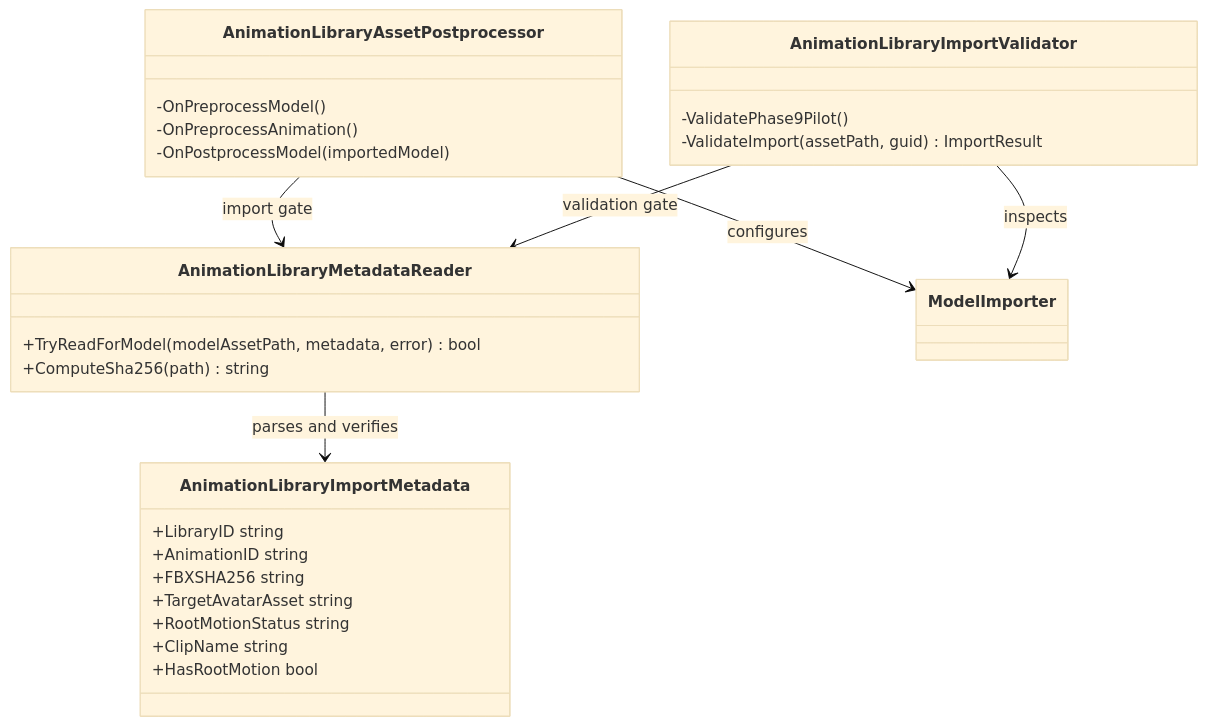
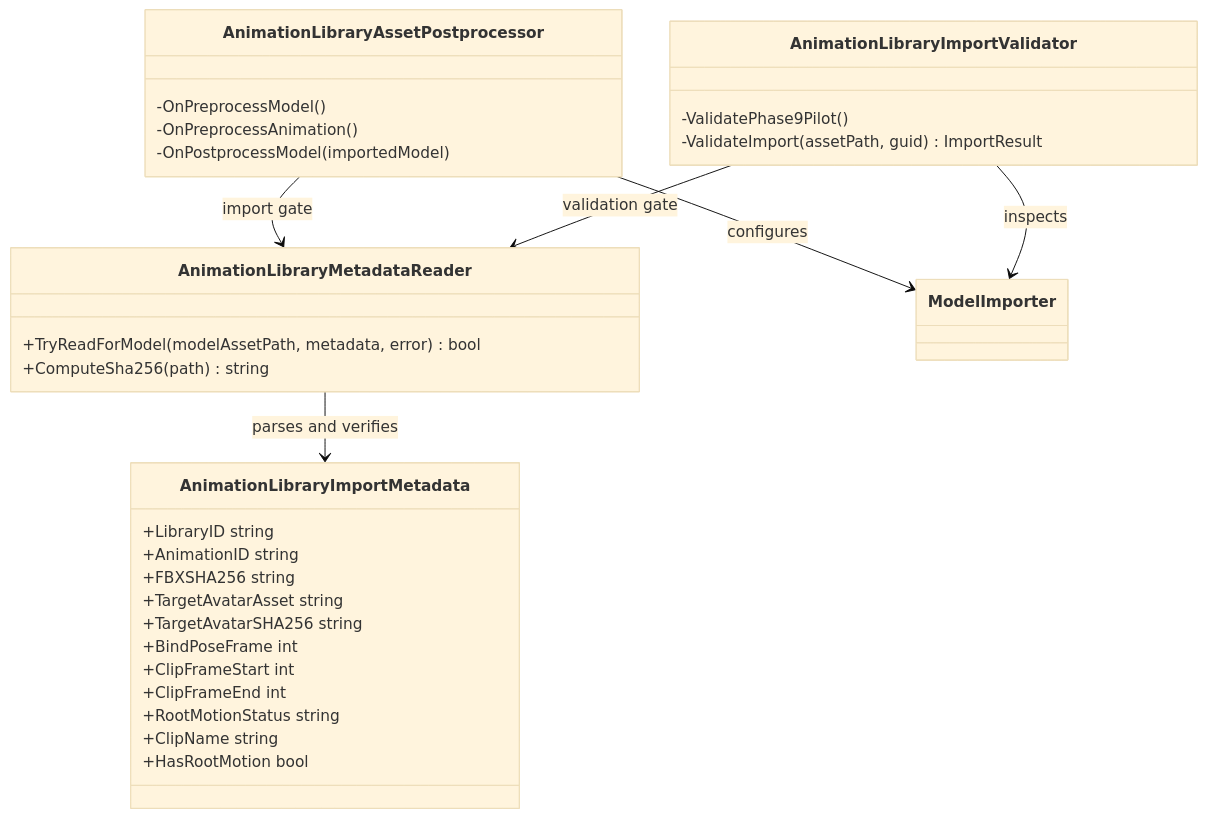
Before and after one commit to MaximFonariuc/project-s: the diagram in Assets/_App/Core/Editor/AnimationLibrary/README.md, drawn with Mermaid (base theme). The commit also changed other lines of this file and 46 other files, not shown here.

````diff
--- a/Assets/_App/Core/Editor/AnimationLibrary/README.md
+++ b/Assets/_App/Core/Editor/AnimationLibrary/README.md
@@ -5,31 +5,35 @@
 ```mermaid
 classDiagram
     class AnimationLibraryImportMetadata {
         +LibraryID string
         +AnimationID string
         +FBXSHA256 string
         +TargetAvatarAsset string
+        +TargetAvatarSHA256 string
+        +BindPoseFrame int
+        +ClipFrameStart int
+        +ClipFrameEnd int
         +RootMotionStatus string
         +ClipName string
         +HasRootMotion bool
     }
     class AnimationLibraryMetadataReader {
         +TryReadForModel(modelAssetPath, metadata, error) bool
         +ComputeSha256(path) string
     }
     class AnimationLibraryAssetPostprocessor {
         -OnPreprocessModel()
         -OnPreprocessAnimation()
         -OnPostprocessModel(importedModel)
     }
     class AnimationLibraryImportValidator {
         -ValidatePhase9Pilot()
         -ValidateImport(assetPath, guid) ImportResult
     }
 
     AnimationLibraryMetadataReader --> AnimationLibraryImportMetadata : parses and verifies
     AnimationLibraryAssetPostprocessor --> AnimationLibraryMetadataReader : import gate
     AnimationLibraryImportValidator --> AnimationLibraryMetadataReader : validation gate
     AnimationLibraryAssetPostprocessor --> ModelImporter : configures
     AnimationLibraryImportValidator --> ModelImporter : inspects
 ```
````
